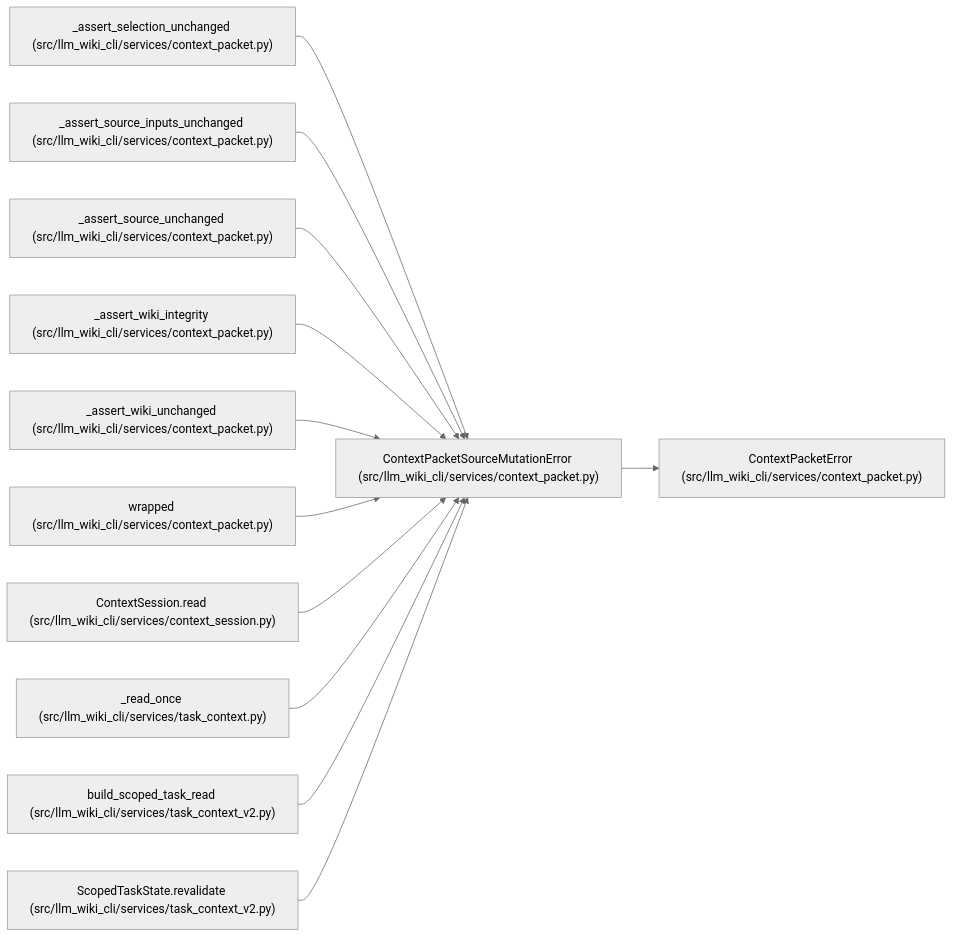
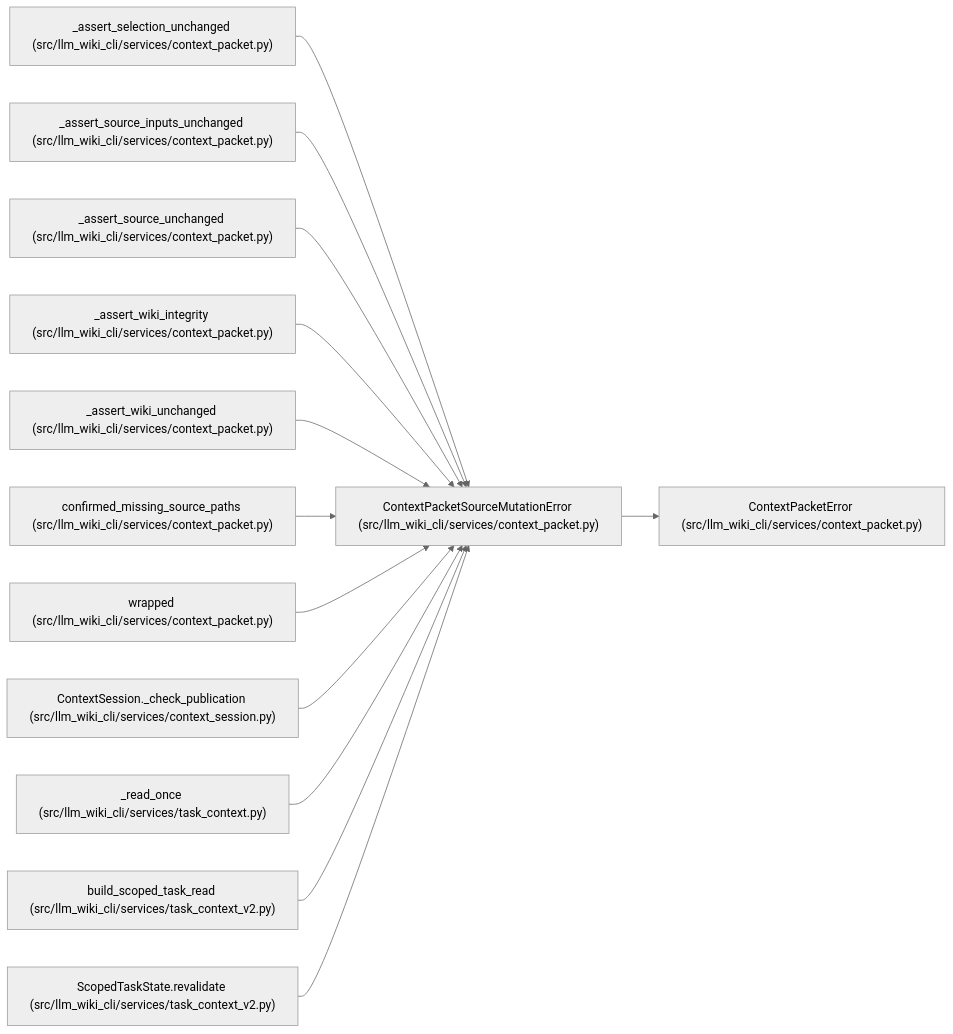
One commit to Denissvgn/python-wiki-llm changed the diagram in docs/llm_wiki/entities/ContextPacketSourceMutationError.md. Above: the diagram before and after it, drawn with Mermaid (neutral theme). The commit also changed other lines of this file and 1410 other files, not shown here.

First line of the commit message:
Add source-grounded task guides and re-anchor the maintained wiki

````diff
--- a/docs/llm_wiki/entities/ContextPacketSourceMutationError.md
+++ b/docs/llm_wiki/entities/ContextPacketSourceMutationError.md
@@ -25,38 +25,41 @@
 ```mermaid
 flowchart LR
     n0["ContextPacketSourceMutationError (src/llm_wiki_cli/services/context_packet.py)"]
     n1["ContextPacketError (src/llm_wiki_cli/services/context_packet.py)"]
     n2["_assert_selection_unchanged (src/llm_wiki_cli/services/context_packet.py)"]
     n3["_assert_source_inputs_unchanged (src/llm_wiki_cli/services/context_packet.py)"]
     n4["_assert_source_unchanged (src/llm_wiki_cli/services/context_packet.py)"]
     n5["_assert_wiki_integrity (src/llm_wiki_cli/services/context_packet.py)"]
     n6["_assert_wiki_unchanged (src/llm_wiki_cli/services/context_packet.py)"]
-    n7["wrapped (src/llm_wiki_cli/services/context_packet.py)"]
-    n8["ContextSession.read (src/llm_wiki_cli/services/context_session.py)"]
-    n9["_read_once (src/llm_wiki_cli/services/task_context.py)"]
-    n10["build_scoped_task_read (src/llm_wiki_cli/services/task_context_v2.py)"]
-    n11["ScopedTaskState.revalidate (src/llm_wiki_cli/services/task_context_v2.py)"]
+    n7["confirmed_missing_source_paths (src/llm_wiki_cli/services/context_packet.py)"]
+    n8["wrapped (src/llm_wiki_cli/services/context_packet.py)"]
+    n9["ContextSession._check_publication (src/llm_wiki_cli/services/context_session.py)"]
+    n10["_read_once (src/llm_wiki_cli/services/task_context.py)"]
+    n11["build_scoped_task_read (src/llm_wiki_cli/services/task_context_v2.py)"]
+    n12["ScopedTaskState.revalidate (src/llm_wiki_cli/services/task_context_v2.py)"]
     n0 --> n1
     n2 --> n0
     n3 --> n0
     n4 --> n0
     n5 --> n0
     n6 --> n0
     n7 --> n0
     n8 --> n0
     n9 --> n0
     n10 --> n0
     n11 --> n0
+    n12 --> n0
     click n0 "../modules/context_packet.md"
     click n1 "../modules/context_packet.md"
     click n2 "../modules/context_packet.md"
     click n3 "../modules/context_packet.md"
     click n4 "../modules/context_packet.md"
     click n5 "../modules/context_packet.md"
     click n6 "../modules/context_packet.md"
     click n7 "../modules/context_packet.md"
-    click n8 "../modules/context_session.md"
-    click n9 "../modules/task_context.md"
-    click n10 "../modules/task_context_v2.md"
+    click n8 "../modules/context_packet.md"
+    click n9 "../modules/context_session.md"
+    click n10 "../modules/task_context.md"
     click n11 "../modules/task_context_v2.md"
+    click n12 "../modules/task_context_v2.md"
 ```
````
